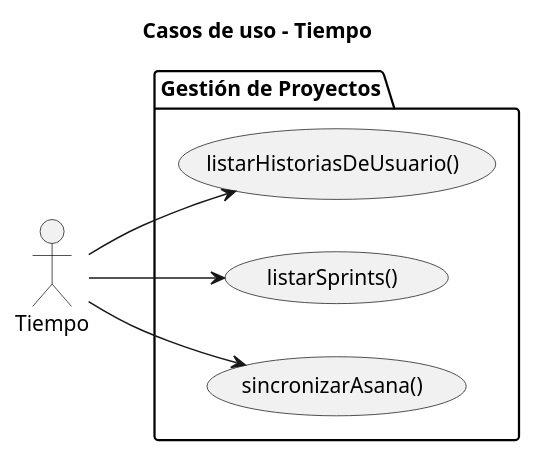
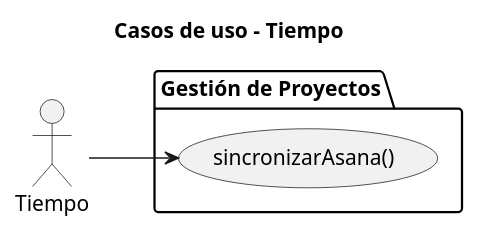
The diagram in entregas/palmaCamila/CasoDeUso/Tiempo/CasoDeUso.puml (mmasias/25-26-IDSW1), drawn with PlantUML before and after one commit. The commit also changed 2 other files, not shown here.

Commit message:
Refactor use case diagram for Tiempo role by removing unnecessary use cases for improved clarity

```diff
--- a/entregas/palmaCamila/CasoDeUso/Tiempo/CasoDeUso.puml
+++ b/entregas/palmaCamila/CasoDeUso/Tiempo/CasoDeUso.puml
@@ -1,18 +1,14 @@
 @startuml
 title Casos de uso – Tiempo
 left to right direction
 
 actor "Tiempo" as Tiempo
 
 
   package "Gestión de Proyectos" {
-    usecase "listarHistoriasDeUsuario()" 
-    usecase "listarSprints()" 
     usecase "sincronizarAsana()"
 
 }
-Tiempo --> "listarHistoriasDeUsuario()"
-Tiempo --> "listarSprints()"
 Tiempo --> "sincronizarAsana()"
 
 @enduml
```
